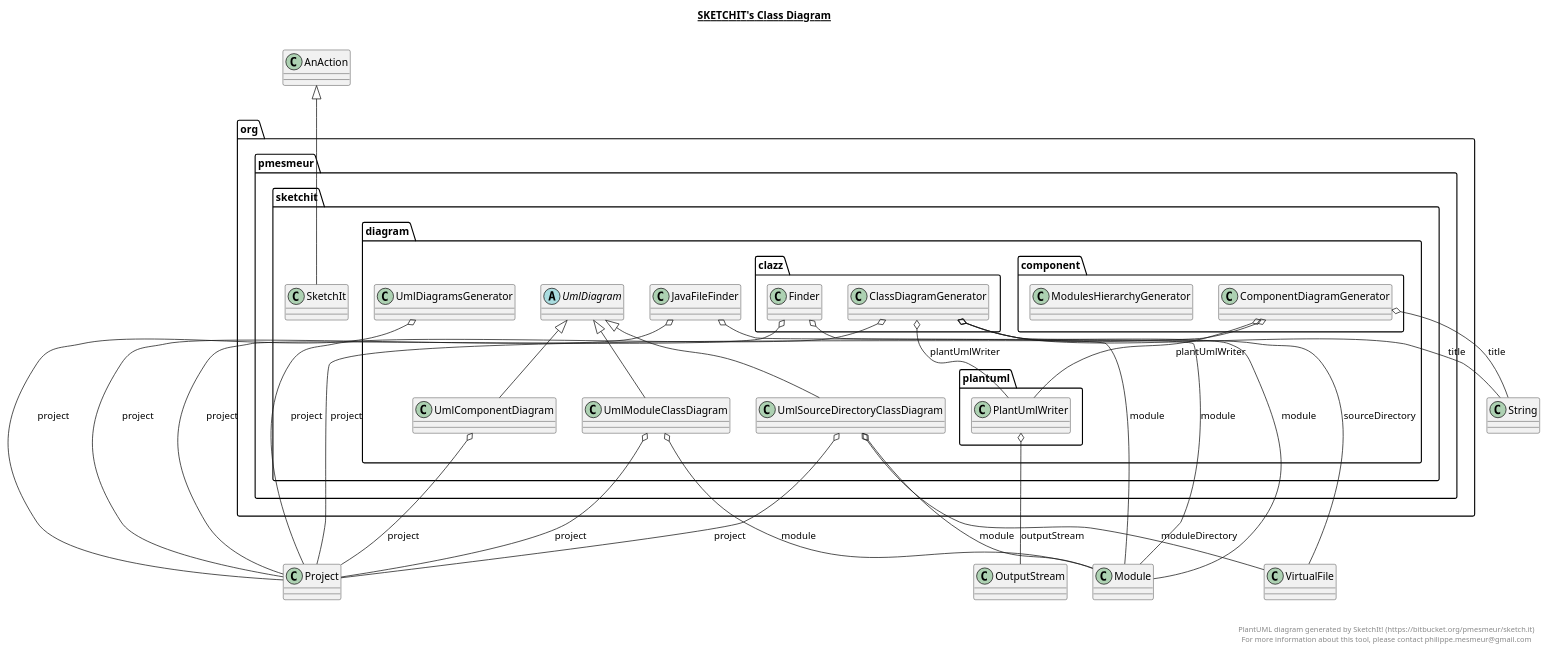
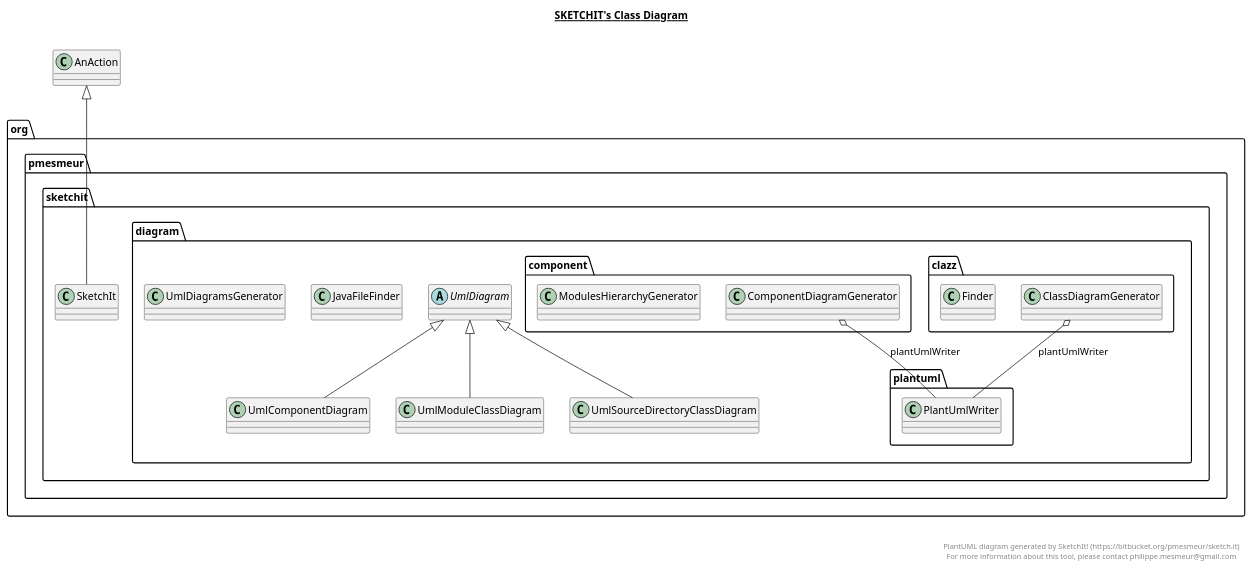
Before and after one commit to bigjimlefou/sketch.it: the diagram in Sketch.It.plantuml, drawn with PlantUML. The commit also changed 5 other files, not shown here.

Commit message:
Update UML model

```diff
--- a/Sketch.It.plantuml
+++ b/Sketch.It.plantuml
@@ -1,142 +1,124 @@
 @startuml
 
 title __SKETCHIT's Class Diagram__\n
 
   package org.pmesmeur.sketchit {
     package org.pmesmeur.sketchit.diagram {
       package org.pmesmeur.sketchit.diagram.clazz {
         class ClassDiagramGenerator {
         }
       }
     }
   }
   
 
   package org.pmesmeur.sketchit {
     package org.pmesmeur.sketchit.diagram {
       package org.pmesmeur.sketchit.diagram.component {
         class ComponentDiagramGenerator {
         }
       }
     }
   }
   
 
   package org.pmesmeur.sketchit {
     package org.pmesmeur.sketchit.diagram {
       package org.pmesmeur.sketchit.diagram.clazz {
         class Finder {
         }
       }
     }
   }
   
 
   package org.pmesmeur.sketchit {
     package org.pmesmeur.sketchit.diagram {
       class JavaFileFinder {
       }
     }
   }
   
 
   package org.pmesmeur.sketchit {
     package org.pmesmeur.sketchit.diagram {
       package org.pmesmeur.sketchit.diagram.component {
         class ModulesHierarchyGenerator {
         }
       }
     }
   }
   
 
   package org.pmesmeur.sketchit {
     package org.pmesmeur.sketchit.diagram {
       package org.pmesmeur.sketchit.diagram.plantuml {
         class PlantUmlWriter {
         }
       }
     }
   }
   
 
   package org.pmesmeur.sketchit {
     class SketchIt {
     }
   }
   
 
   package org.pmesmeur.sketchit {
     package org.pmesmeur.sketchit.diagram {
       class UmlComponentDiagram {
       }
     }
   }
   
 
   package org.pmesmeur.sketchit {
     package org.pmesmeur.sketchit.diagram {
       abstract class UmlDiagram {
       }
     }
   }
   
 
   package org.pmesmeur.sketchit {
     package org.pmesmeur.sketchit.diagram {
       class UmlDiagramsGenerator {
       }
     }
   }
   
 
   package org.pmesmeur.sketchit {
     package org.pmesmeur.sketchit.diagram {
       class UmlModuleClassDiagram {
       }
     }
   }
   
 
   package org.pmesmeur.sketchit {
     package org.pmesmeur.sketchit.diagram {
       class UmlSourceDirectoryClassDiagram {
       }
     }
   }
   
 
   ClassDiagramGenerator o-- PlantUmlWriter : plantUmlWriter
-  ClassDiagramGenerator o-- Project : project
-  ClassDiagramGenerator o-- Module : module
-  ClassDiagramGenerator o-- VirtualFile : sourceDirectory
-  ClassDiagramGenerator o-- String : title
   ComponentDiagramGenerator o-- PlantUmlWriter : plantUmlWriter
-  ComponentDiagramGenerator o-- Project : project
-  ComponentDiagramGenerator o-- String : title
-  Finder o-- Project : project
-  Finder o-- Module : module
-  JavaFileFinder o-- Project : project
-  JavaFileFinder o-- Module : module
-  PlantUmlWriter o-- OutputStream : outputStream
   SketchIt -up-|> AnAction
   UmlComponentDiagram -up-|> UmlDiagram
-  UmlComponentDiagram o-- Project : project
-  UmlDiagramsGenerator o-- Project : project
   UmlModuleClassDiagram -up-|> UmlDiagram
-  UmlModuleClassDiagram o-- Project : project
-  UmlModuleClassDiagram o-- Module : module
   UmlSourceDirectoryClassDiagram -up-|> UmlDiagram
-  UmlSourceDirectoryClassDiagram o-- Project : project
-  UmlSourceDirectoryClassDiagram o-- Module : module
-  UmlSourceDirectoryClassDiagram o-- VirtualFile : moduleDirectory
 
 
 right footer
 
 
 PlantUML diagram generated by SketchIt! (https://bitbucket.org/pmesmeur/sketch.it)
 For more information about this tool, please contact philippe.mesmeur@gmail.com
 endfooter
 
 @enduml
```
